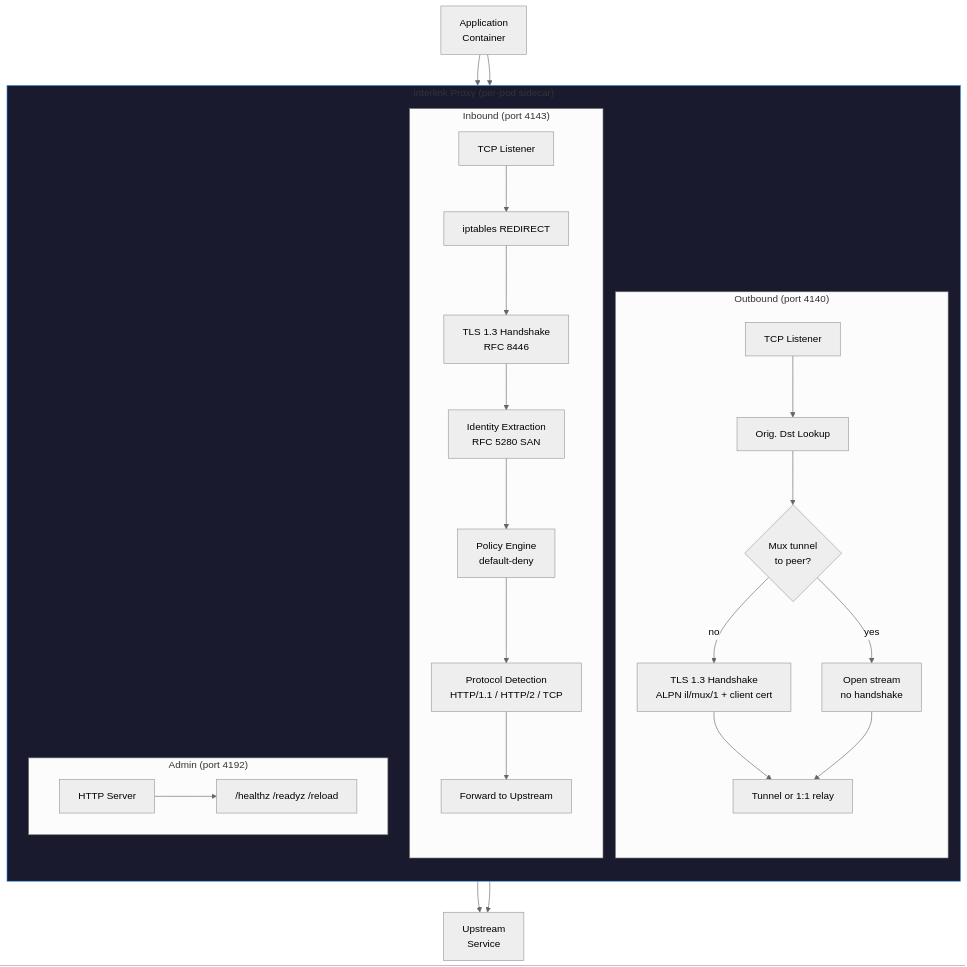
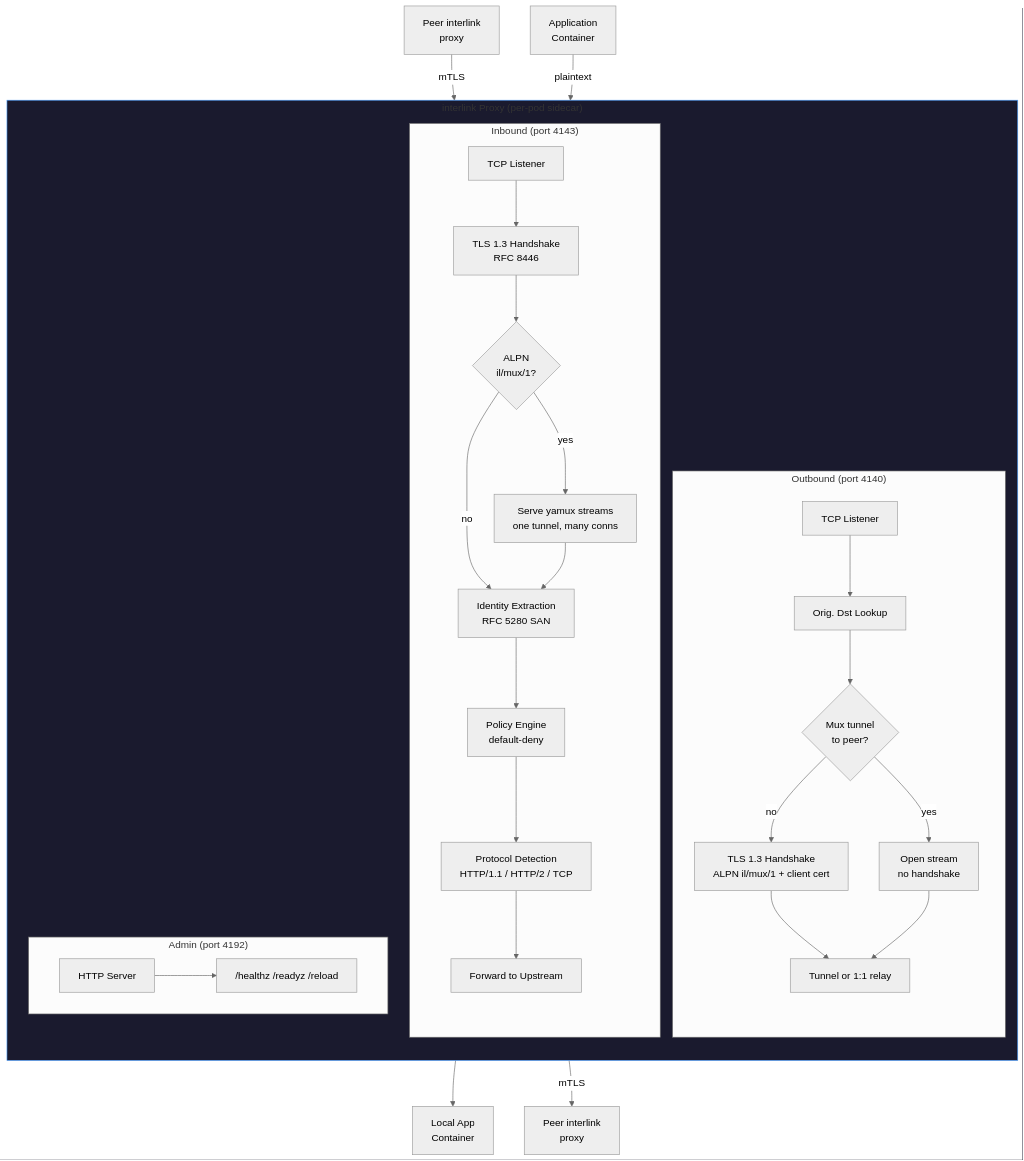
The second of 3 diagrams in README.md (alexandernicholson/interlink), drawn with Mermaid (neutral theme) before and after one commit. The commit also changed other lines of this file and 6 other files, not shown here.

First line of the commit message:
docs: sync all docs and diagrams with sidecar model, mux pool, and verified memory root cause

````diff
--- a/README.md
+++ b/README.md
@@ -112,30 +112,32 @@
 ```mermaid
 flowchart TB
     subgraph Proxy["interlink Proxy (per-pod sidecar)"]
         direction TB
         subgraph Inbound["Inbound (port 4143)"]
-            L[TCP Listener] --> A[iptables REDIRECT]
-            A --> H[TLS 1.3 Handshake<br/>RFC 8446]
-            H --> I[Identity Extraction<br/>RFC 5280 SAN]
+            L[TCP Listener] --> H[TLS 1.3 Handshake<br/>RFC 8446]
+            H --> M{ALPN<br/>il/mux/1?}
+            M -- yes --> Y[Serve yamux streams<br/>one tunnel, many conns]
+            M -- no --> I
+            Y --> I[Identity Extraction<br/>RFC 5280 SAN]
             I --> P[Policy Engine<br/>default-deny]
             P --> D[Protocol Detection<br/>HTTP/1.1 / HTTP/2 / TCP]
             D --> F[Forward to Upstream]
         end
         subgraph Outbound["Outbound (port 4140)"]
             O[TCP Listener] --> OM[Orig. Dst Lookup]
             OM --> OT{Mux tunnel<br/>to peer?}
             OT -- yes --> OS[Open stream<br/>no handshake]
             OT -- no --> OH[TLS 1.3 Handshake<br/>ALPN il/mux/1 + client cert]
             OH --> OF[Tunnel or 1:1 relay]
             OS --> OF
         end
         subgraph Admin["Admin (port 4192)"]
             AD[HTTP Server] --> AH["/healthz /readyz /reload"]
         end
     end
-    Client[Application<br/>Container] --> L
-    Client --> O
-    F --> Upstream[Upstream<br/>Service]
-    OF --> Upstream
+    Peer[Peer interlink<br/>proxy] -- mTLS --> L
+    Client[Application<br/>Container] -- plaintext --> O
+    F --> App[Local App<br/>Container]
+    OF -- mTLS --> RemotePeer[Peer interlink<br/>proxy]
     style Proxy fill:#1a1a2e,stroke:#4a9eff
 ```
````
